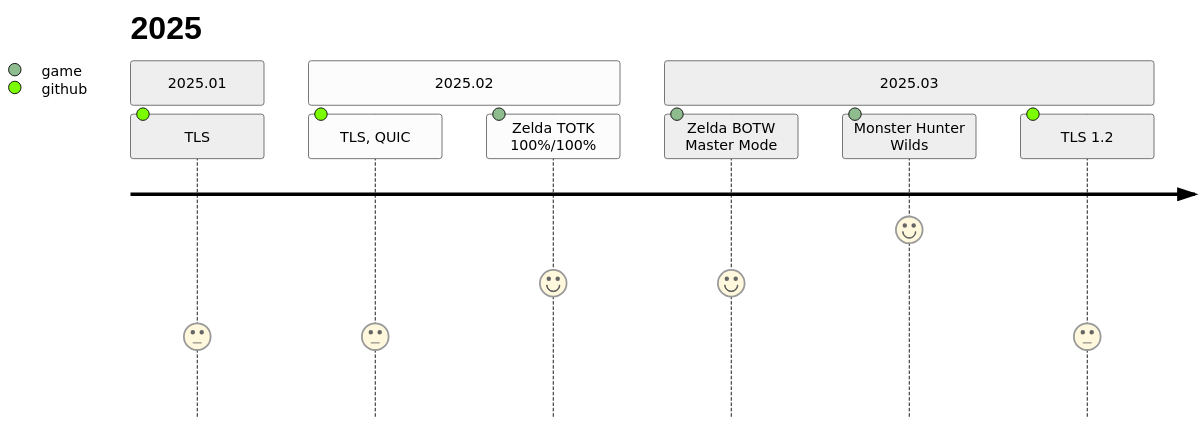
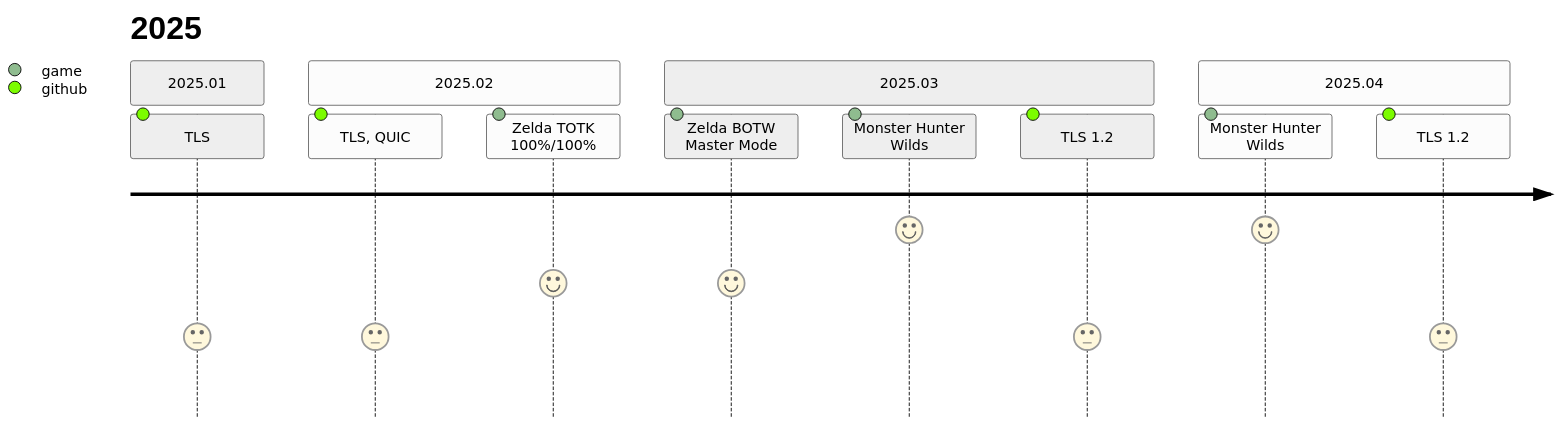
One commit to princeb612/hotplace changed the second of 4 diagrams in DEVNOTES.md. Above: the diagram before and after it, drawn with Mermaid (neutral theme). The commit also changed other lines of this file and 47 other files, not shown here.

````diff
--- a/DEVNOTES.md
+++ b/DEVNOTES.md
@@ -294,14 +296,16 @@
 ```mermaid
 journey
   title 2025
   section 2025.01
     TLS:3:github
   section 2025.02
     TLS, QUIC:3:github
     Zelda TOTK 100%/100%:5:game
   section 2025.03
     Zelda BOTW Master Mode:5:game
     Monster Hunter Wilds:7:game
     TLS 1.2:3:github
   section 2025.04
+    Monster Hunter Wilds:7:game
+    TLS 1.2:3:github
 ```
````
